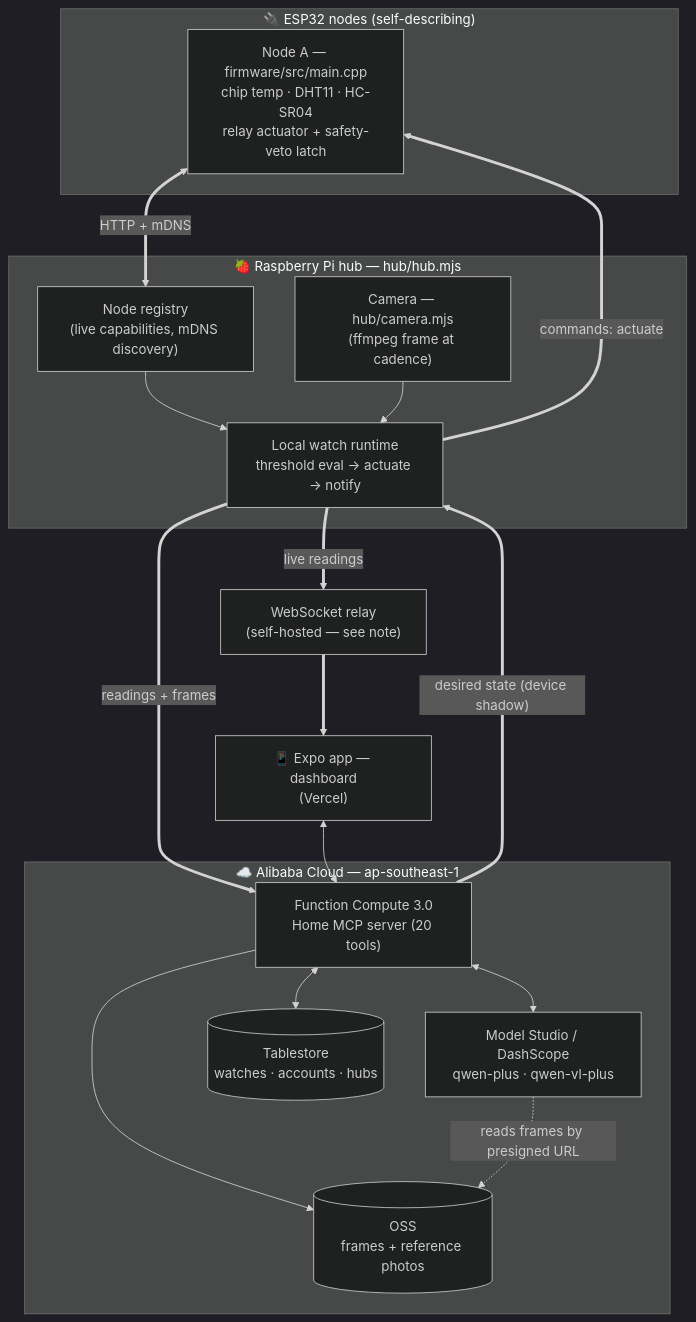
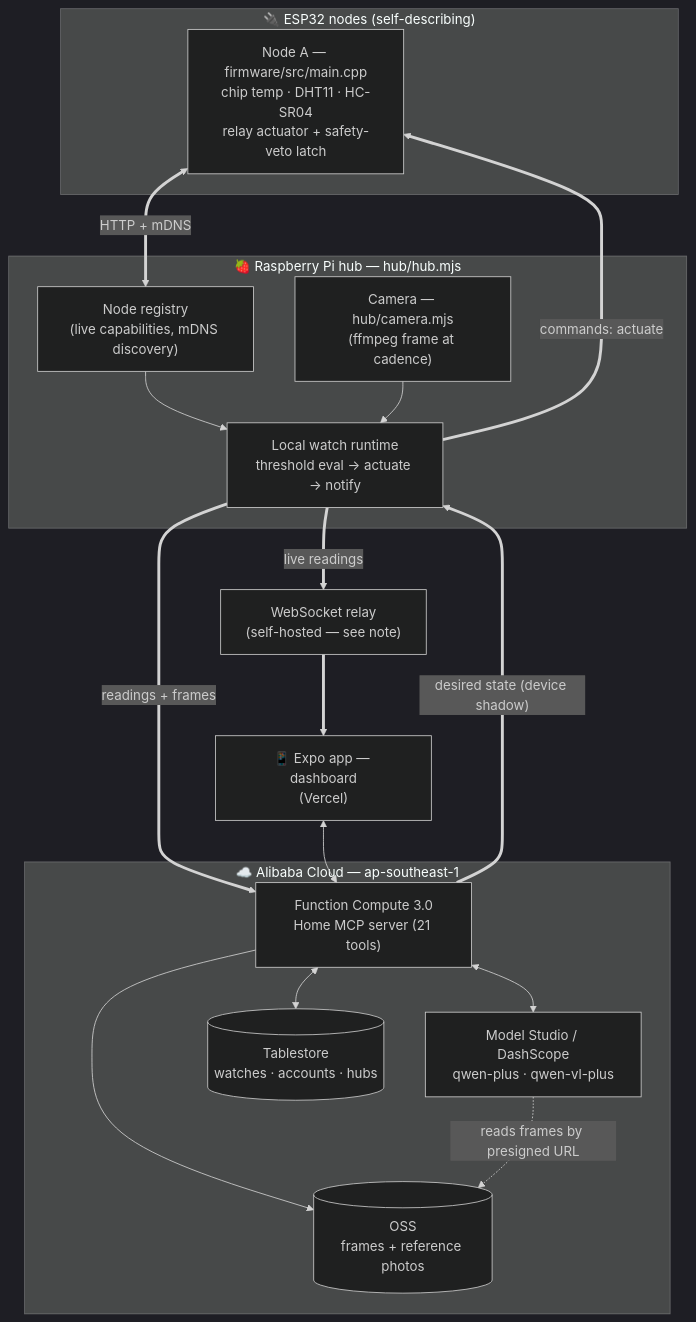
Before and after one commit to mattrickslauer/hearth: the diagram in README.md, drawn with Mermaid (dark theme). The commit also changed other lines of this file and 23 other files, not shown here.

````diff
--- a/README.md
+++ b/README.md
@@ -74,32 +74,32 @@
 ```mermaid
 flowchart TB
   subgraph NODES["🔌 ESP32 nodes (self-describing)"]
     A["Node A — firmware/src/main.cpp\nchip temp · DHT11 · HC-SR04\nrelay actuator + safety-veto latch"]
   end
   subgraph HUB["🍓 Raspberry Pi hub — hub/hub.mjs"]
     REG["Node registry\n(live capabilities, mDNS discovery)"]
     RUN["Local watch runtime\nthreshold eval → actuate → notify"]
     CAM["Camera — hub/camera.mjs\n(ffmpeg frame at cadence)"]
   end
   subgraph AC["☁️ Alibaba Cloud — ap-southeast-1"]
-    FC["Function Compute 3.0\nHome MCP server (20 tools)"]
+    FC["Function Compute 3.0\nHome MCP server (21 tools)"]
     QWEN["Model Studio / DashScope\nqwen-plus · qwen-vl-plus"]
     TS[("Tablestore\nwatches · accounts · hubs")]
     OSS[("OSS\nframes + reference photos")]
   end
   RELAY["WebSocket relay\n(self-hosted — see note)"]
   APP["📱 Expo app — dashboard\n(Vercel)"]
 
   A <== "HTTP + mDNS" ==> REG
   REG --> RUN
   CAM --> RUN
   RUN == "commands: actuate" ==> A
   RUN == "readings + frames" ==> FC
   FC == "desired state (device shadow)" ==> RUN
   FC <--> QWEN
   FC <--> TS
   FC --> OSS
   QWEN -. "reads frames by presigned URL" .-> OSS
   RUN == "live readings" ==> RELAY ==> APP
   APP <--> FC
 ```
````
